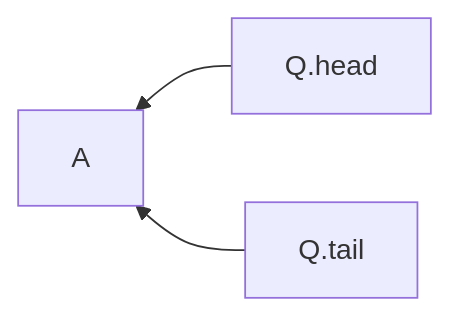
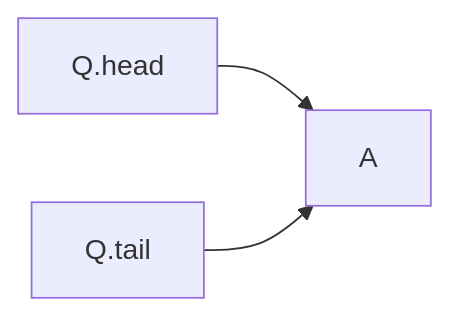
One commit to Eurydia/notes-singularity changed the fourth of 15 diagrams in Computer science/Data structures/Queue.md. Above: the diagram before and after it, drawn with Mermaid. The commit also changed other lines of this file and 4 other files, not shown here.

````diff
--- a/Computer science/Data structures/Queue.md
+++ b/Computer science/Data structures/Queue.md
@@ -38,5 +44,4 @@
 	```mermaid
-	flowchart RL
-		Q.head-->A
-		Q.tail-->A
+	flowchart LR
+		Q.head & Q.tail -->A
 	```
````
